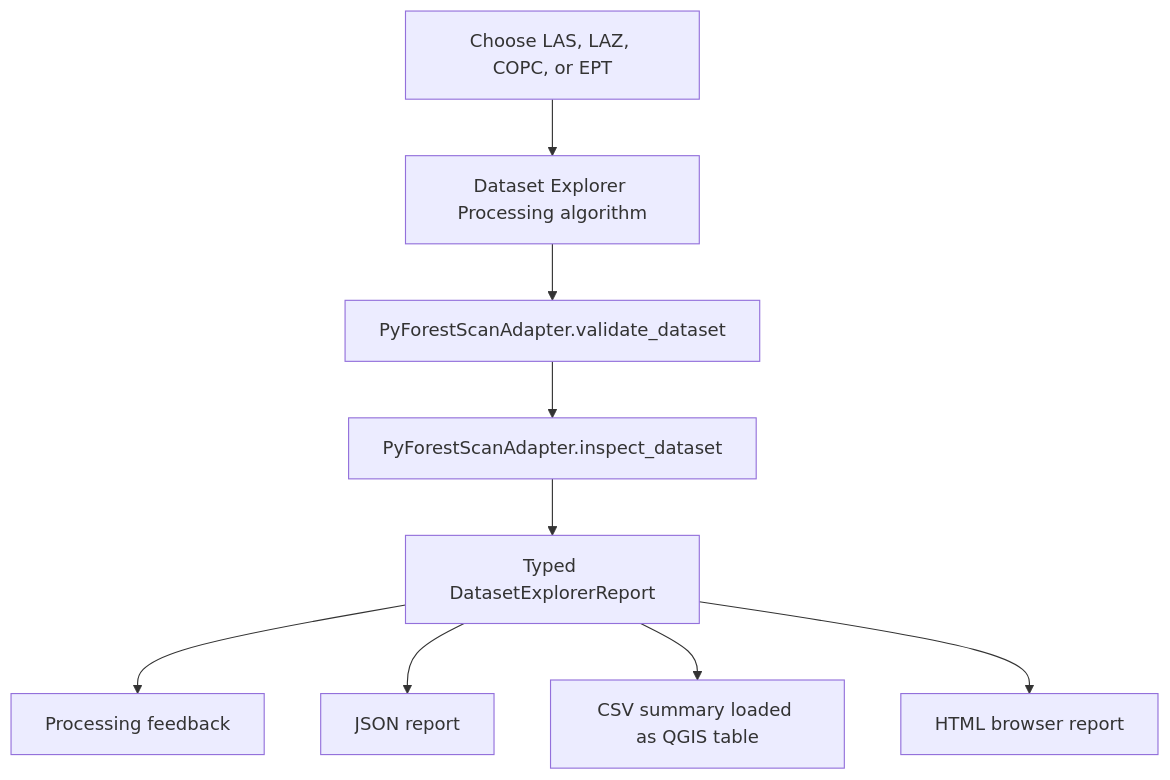
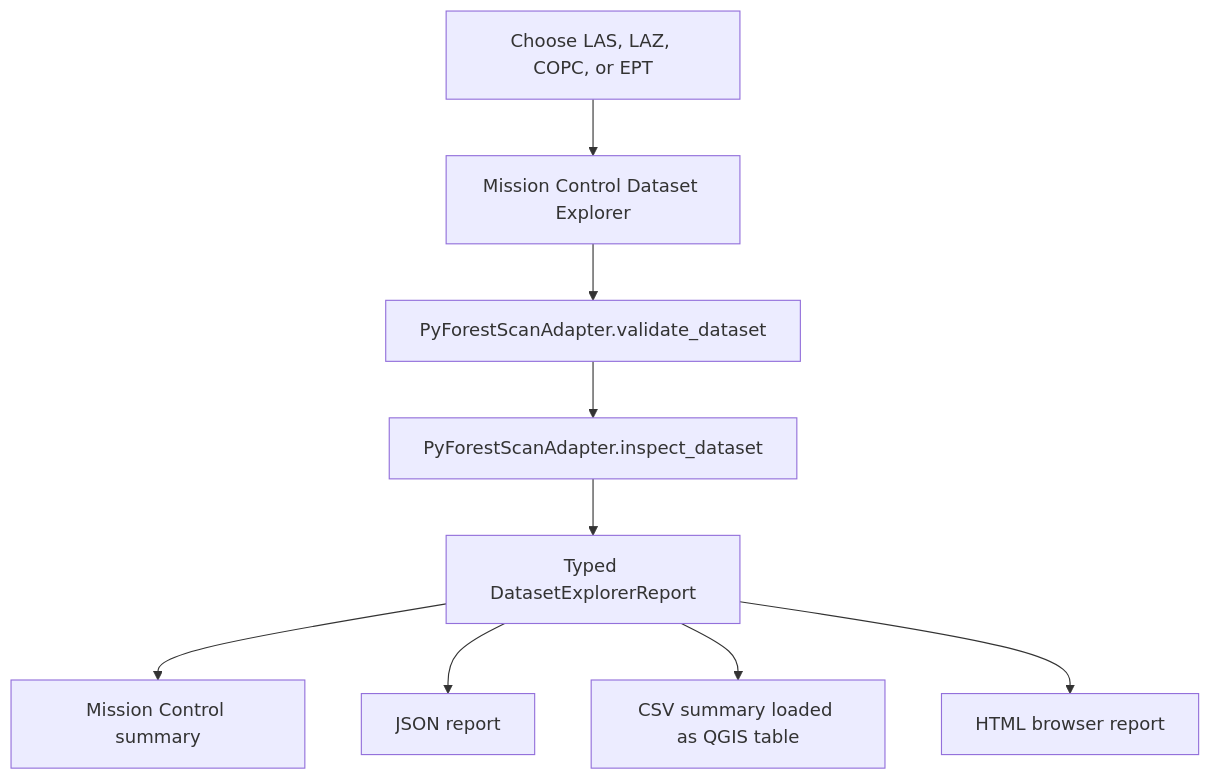
One commit to sticholas/pyforestscan-qgis changed the first of 3 diagrams in docs/USER_GUIDE.md. Above: the diagram before and after it, drawn with Mermaid. The commit also changed other lines of this file and 22 other files, not shown here.

````diff
--- a/docs/USER_GUIDE.md
+++ b/docs/USER_GUIDE.md
@@ -85,11 +83,11 @@
 ```mermaid
 flowchart TD
-    A["Choose LAS, LAZ, COPC, or EPT"] --> B["Dataset Explorer Processing algorithm"]
+    A["Choose LAS, LAZ, COPC, or EPT"] --> B["Mission Control Dataset Explorer"]
     B --> C["PyForestScanAdapter.validate_dataset"]
     C --> D["PyForestScanAdapter.inspect_dataset"]
     D --> E["Typed DatasetExplorerReport"]
-    E --> F["Processing feedback"]
+    E --> F["Mission Control summary"]
     E --> G["JSON report"]
     E --> H["CSV summary loaded as QGIS table"]
     E --> I["HTML browser report"]
 ```
````
